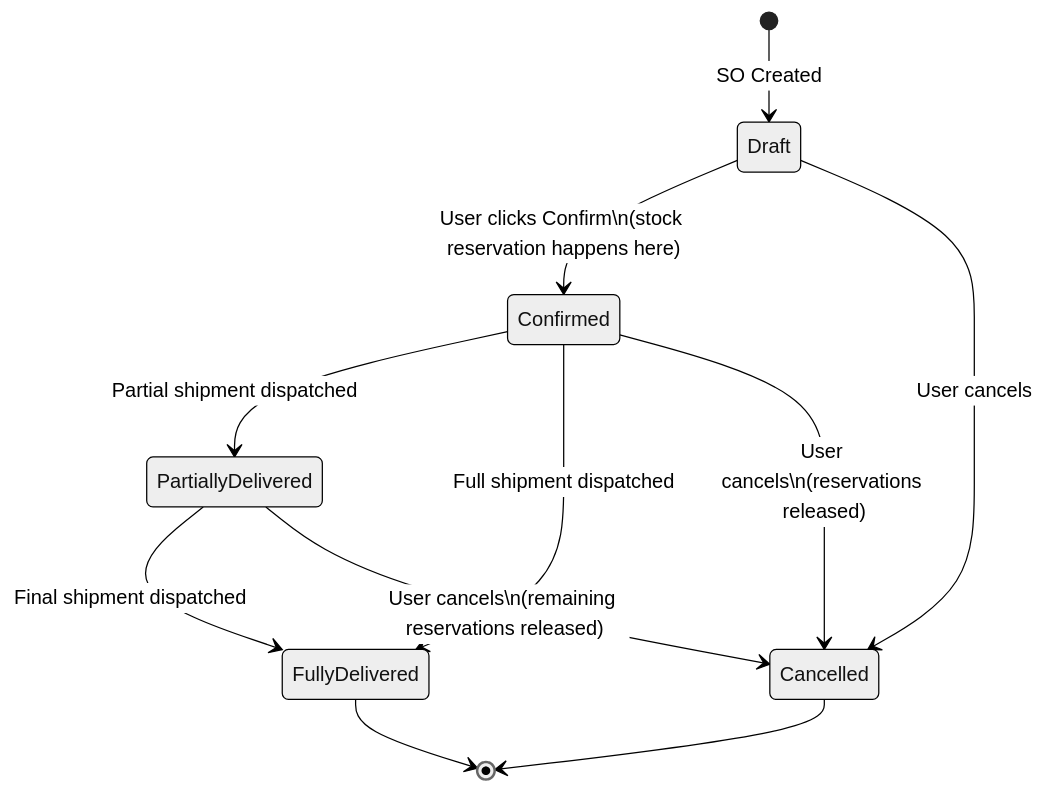
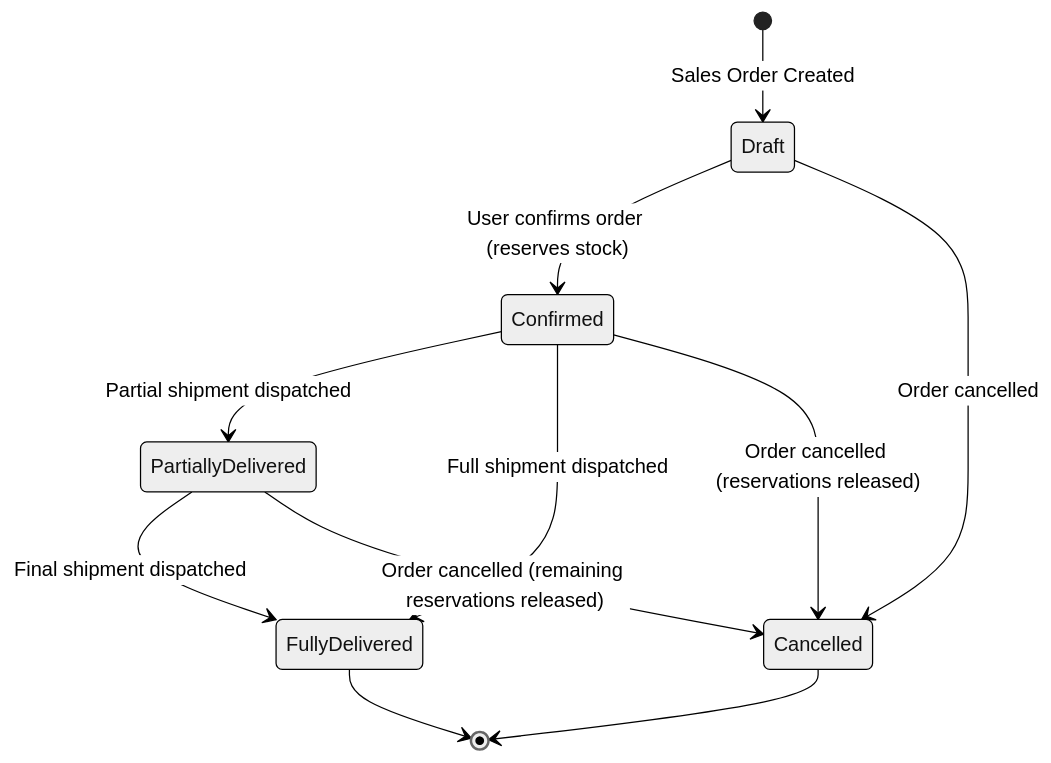
One commit to Adgu0205/miniERP- changed the first of 6 diagrams in README.md. Above: the diagram before and after it, drawn with Mermaid (neutral theme). The commit also changed other lines of this file and 22 other files, not shown here.

````diff
--- a/README.md
+++ b/README.md
@@ -211,13 +179,13 @@
 ```mermaid
 stateDiagram-v2
-    [*] --> Draft: SO Created
-    Draft --> Confirmed: User clicks Confirm\n(stock reservation happens here)
+    [*] --> Draft: Sales Order Created
+    Draft --> Confirmed: User confirms order (reserves stock)
     Confirmed --> PartiallyDelivered: Partial shipment dispatched
     PartiallyDelivered --> FullyDelivered: Final shipment dispatched
     Confirmed --> FullyDelivered: Full shipment dispatched
-    Draft --> Cancelled: User cancels
-    Confirmed --> Cancelled: User cancels\n(reservations released)
-    PartiallyDelivered --> Cancelled: User cancels\n(remaining reservations released)
+    Draft --> Cancelled: Order cancelled
+    Confirmed --> Cancelled: Order cancelled (reservations released)
+    PartiallyDelivered --> Cancelled: Order cancelled (remaining reservations released)
     FullyDelivered --> [*]
     Cancelled --> [*]
 ```
````
